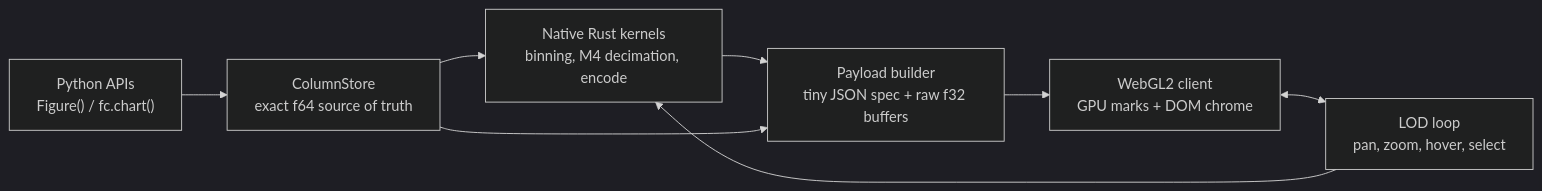
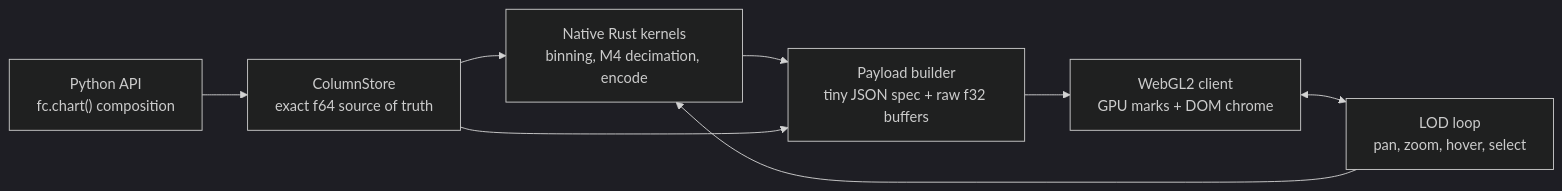
The first of 2 diagrams in README.md (reflex-dev/xy), drawn with Mermaid (dark theme) before and after one commit. The commit also changed other lines of this file and 67 other files, not shown here.

````diff
--- a/README.md
+++ b/README.md
@@ -71,17 +71,17 @@
 ```mermaid
 flowchart LR
-    API["Python APIs<br/>Figure() / fc.chart()"]
+    API["Python API<br/>fc.chart() composition"]
     STORE["ColumnStore<br/>exact f64 source of truth"]
     KERNELS["Native Rust kernels<br/>binning, M4 decimation, encode"]
     PAYLOAD["Payload builder<br/>tiny JSON spec + raw f32 buffers"]
     CLIENT["WebGL2 client<br/>GPU marks + DOM chrome"]
     LOD["LOD loop<br/>pan, zoom, hover, select"]
 
     API --> STORE
     STORE --> KERNELS
     KERNELS --> PAYLOAD
     STORE --> PAYLOAD
     PAYLOAD --> CLIENT
     CLIENT <--> LOD
     LOD --> KERNELS
 ```
````
